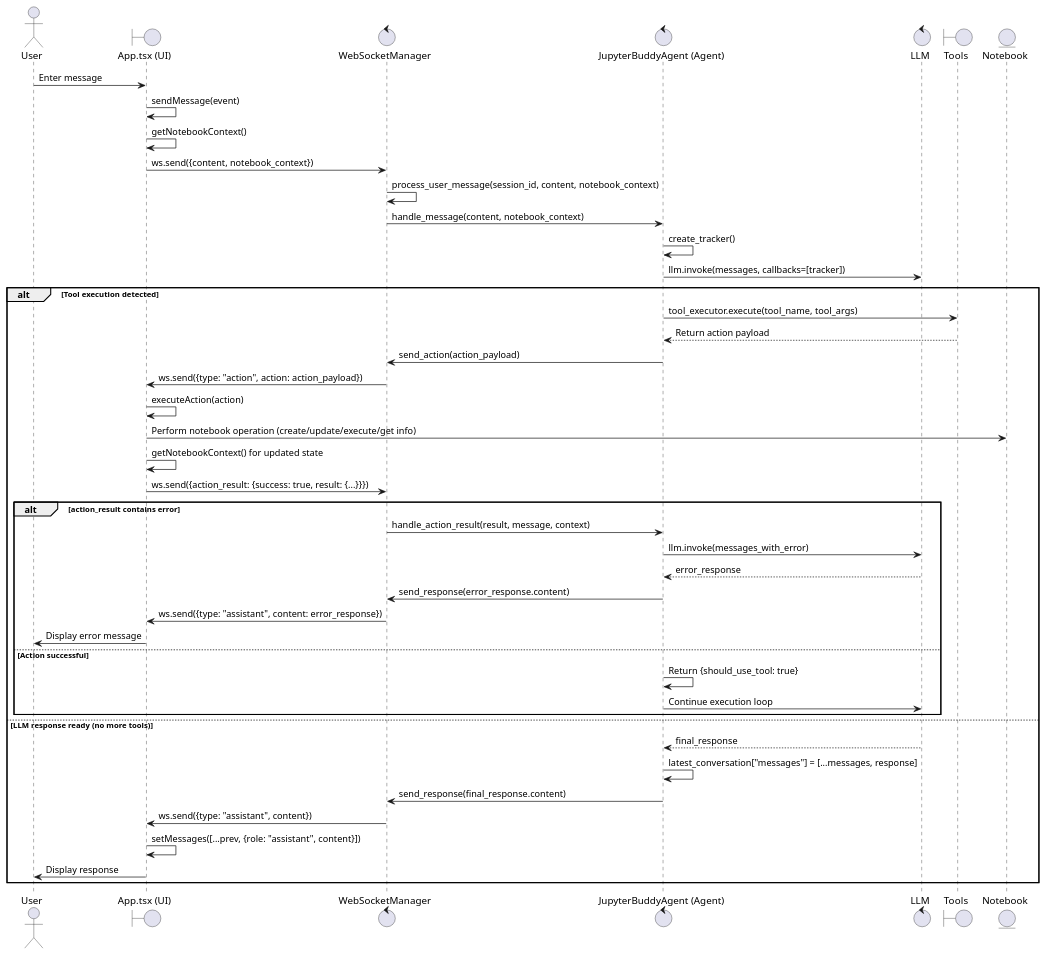
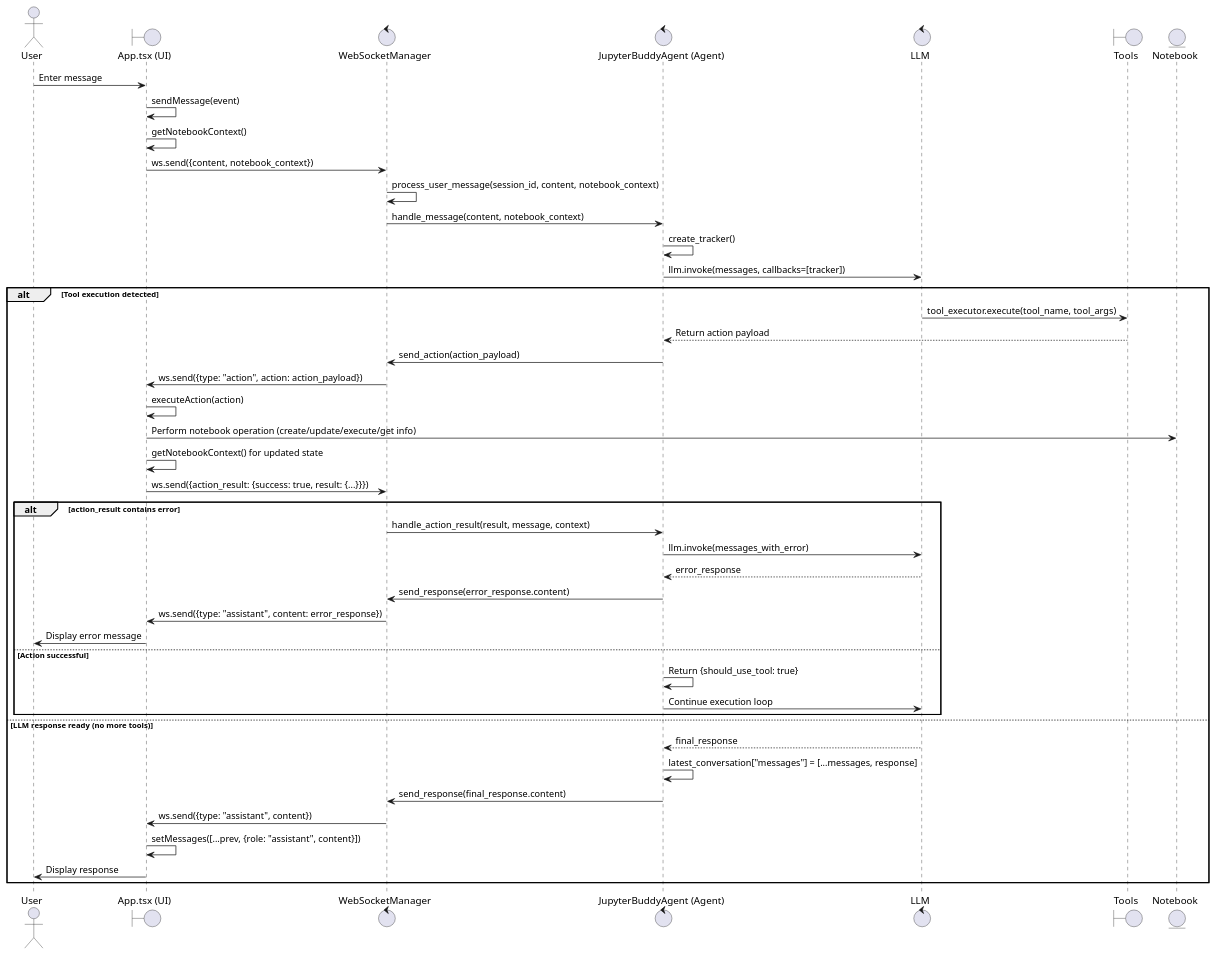
The diagram in docs/flow_cluade.plantuml (CMU-MSEAI-2025-CAP-JupyterTeam/juppyterBuddy-backend), drawn with PlantUML before and after one commit.

Commit message:
update UML

```diff
--- a/docs/flow_cluade.plantuml
+++ b/docs/flow_cluade.plantuml
@@ -1,67 +1,67 @@
 @startuml JupyterBuddy System Sequence Diagram
 
 actor User
 
 ' === Interface Layer (UI) ===
 boundary "App.tsx (UI)" as Frontend
 
 ' === Controller Layer (Backend) ===
 control WebSocketManager
 control "JupyterBuddyAgent (Agent)" as Agent
 control "LLM" as LLM
 
 ' === Entity Layer (Processing & Actions) ===
 
 boundary Tools
 entity "Notebook" as Notebook
 
 ' === User initiates a message ===
 User -> Frontend: Enter message
 Frontend -> Frontend: sendMessage(event)
 Frontend -> Frontend: getNotebookContext()
 Frontend -> WebSocketManager: ws.send({content, notebook_context})
 WebSocketManager -> WebSocketManager: process_user_message(session_id, content, notebook_context)
 WebSocketManager -> Agent: handle_message(content, notebook_context)
 
 ' === Agent processes message ===
 Agent -> Agent: create_tracker()
 Agent -> LLM: llm.invoke(messages, callbacks=[tracker])
 
 alt Tool execution detected
     ' === Tool execution flow ===
-    Agent -> Tools: tool_executor.execute(tool_name, tool_args)
+    LLM -> Tools: tool_executor.execute(tool_name, tool_args)
     Tools --> Agent: Return action payload
     Agent -> WebSocketManager: send_action(action_payload)
     WebSocketManager -> Frontend: ws.send({type: "action", action: action_payload})
     
     ' === Frontend executes action ===
     Frontend -> Frontend: executeAction(action)
     Frontend -> Notebook: Perform notebook operation (create/update/execute/get info)
     Frontend -> Frontend: getNotebookContext() for updated state
     
     ' === Frontend sends action result back ===
     Frontend -> WebSocketManager: ws.send({action_result: {success: true, result: {...}}})
 
     alt action_result contains error
         WebSocketManager -> Agent: handle_action_result(result, message, context)
         Agent -> LLM: llm.invoke(messages_with_error)
         LLM --> Agent: error_response
         Agent -> WebSocketManager: send_response(error_response.content)
         WebSocketManager -> Frontend: ws.send({type: "assistant", content: error_response})
         Frontend -> User: Display error message
     else Action successful
         ' === Continue tool execution loop ===
         Agent -> Agent: Return {should_use_tool: true}
         Agent -> LLM: Continue execution loop
     end
 else LLM response ready (no more tools)
     ' === Final response to user ===
     LLM --> Agent: final_response
     Agent -> Agent: latest_conversation["messages"] = [...messages, response]
     Agent -> WebSocketManager: send_response(final_response.content)
     WebSocketManager -> Frontend: ws.send({type: "assistant", content})
     Frontend -> Frontend: setMessages([...prev, {role: "assistant", content}])
     Frontend -> User: Display response
 end
 
 @enduml
```
